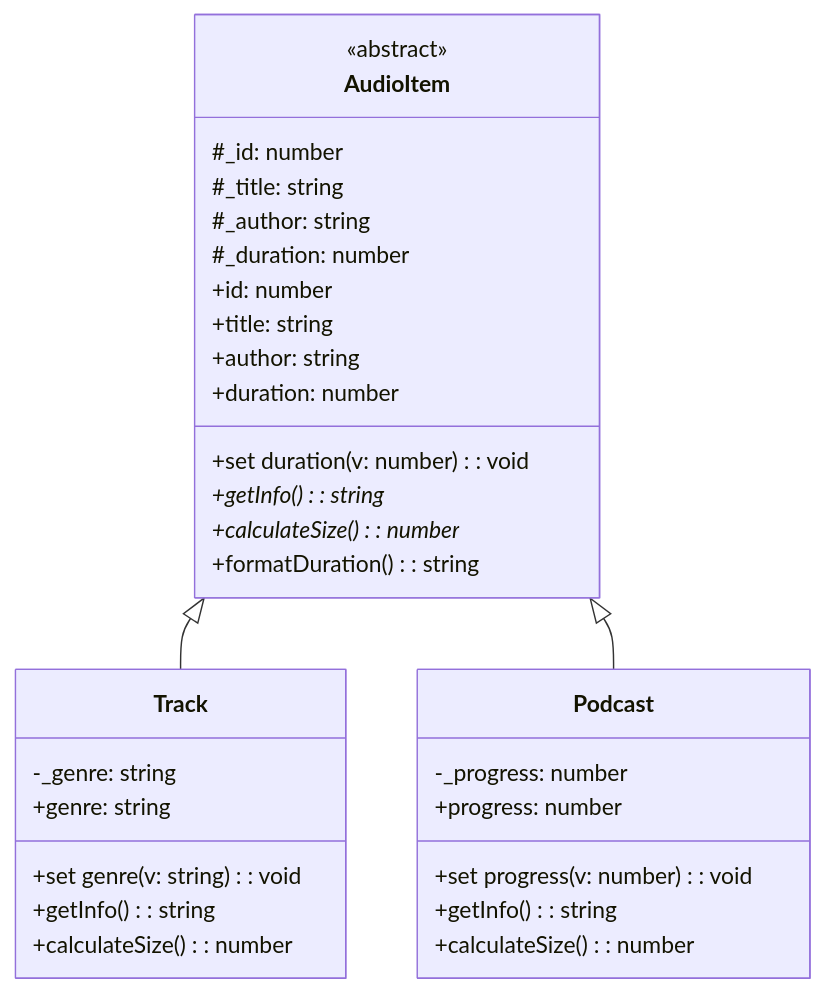
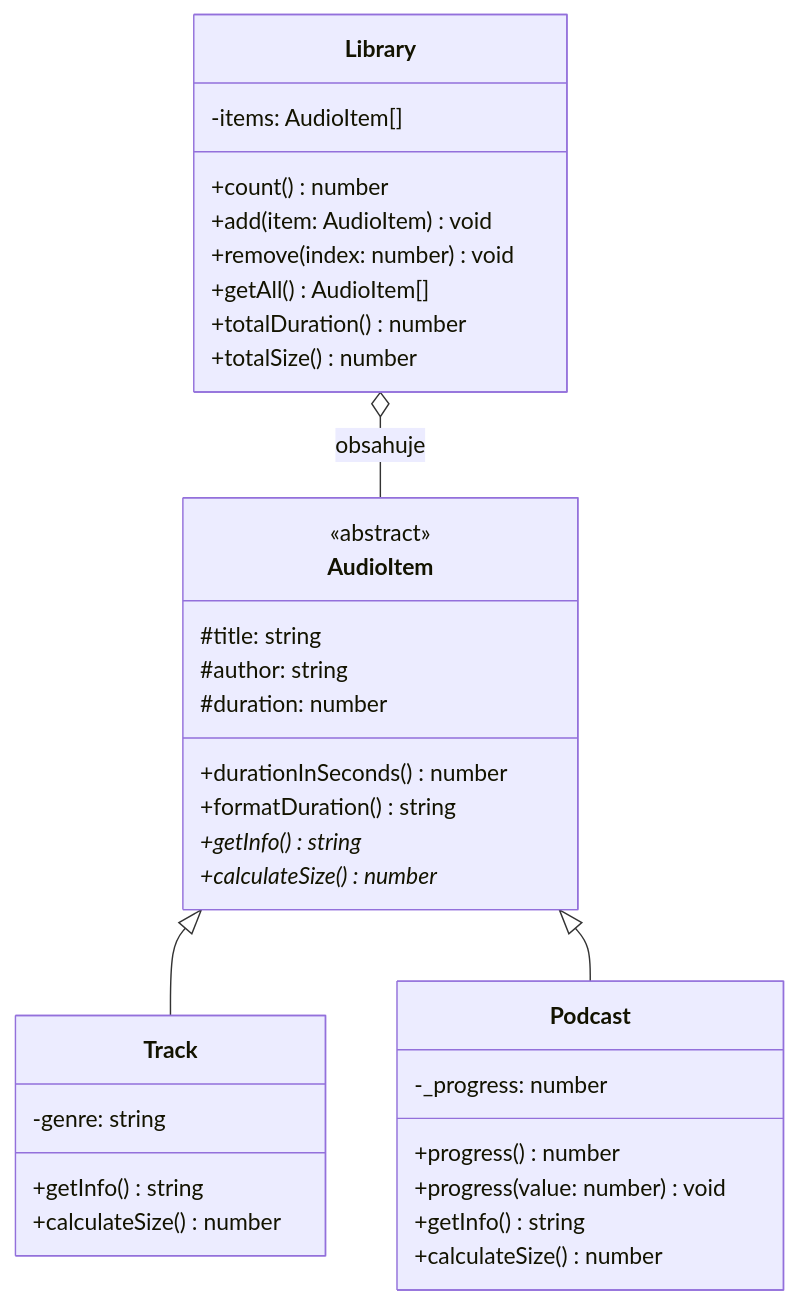
One commit to rimet245/audio-library changed the diagram in docs/uml-diagram.mmd. Above: the diagram before and after it, drawn with Mermaid. The commit also changed 1 other file, not shown here.

Commit message:
docs: update UML diagram to match current code
Redraws the class diagram from the actual source: AudioItem with its
three protected fields, durationInSeconds/formatDuration plus the abstract
getInfo/calculateSize, the Track/Podcast subclasses, and the new Library
class aggregating AudioItem (count/add/remove/getAll/totals).

```diff
--- a/docs/uml-diagram.mmd
+++ b/docs/uml-diagram.mmd
@@ -1,35 +1,39 @@
 classDiagram
     class AudioItem {
         <<abstract>>
-        #_id: number
-        #_title: string
-        #_author: string
-        #_duration: number
-        +id: number
-        +title: string
-        +author: string
-        +duration: number
-        +set duration(v: number) : void
-        +getInfo()* : string
-        +calculateSize()* : number
-        +formatDuration() : string
+        #title: string
+        #author: string
+        #duration: number
+        +durationInSeconds() number
+        +formatDuration() string
+        +getInfo()* string
+        +calculateSize()* number
     }
 
     class Track {
-        -_genre: string
-        +genre: string
-        +set genre(v: string) : void
-        +getInfo() : string
-        +calculateSize() : number
+        -genre: string
+        +getInfo() string
+        +calculateSize() number
     }
 
     class Podcast {
         -_progress: number
-        +progress: number
-        +set progress(v: number) : void
-        +getInfo() : string
-        +calculateSize() : number
+        +progress() number
+        +progress(value: number) void
+        +getInfo() string
+        +calculateSize() number
+    }
+
+    class Library {
+        -items: AudioItem[]
+        +count() number
+        +add(item: AudioItem) void
+        +remove(index: number) void
+        +getAll() AudioItem[]
+        +totalDuration() number
+        +totalSize() number
     }
 
     AudioItem <|-- Track
     AudioItem <|-- Podcast
+    Library o-- AudioItem : obsahuje
```
